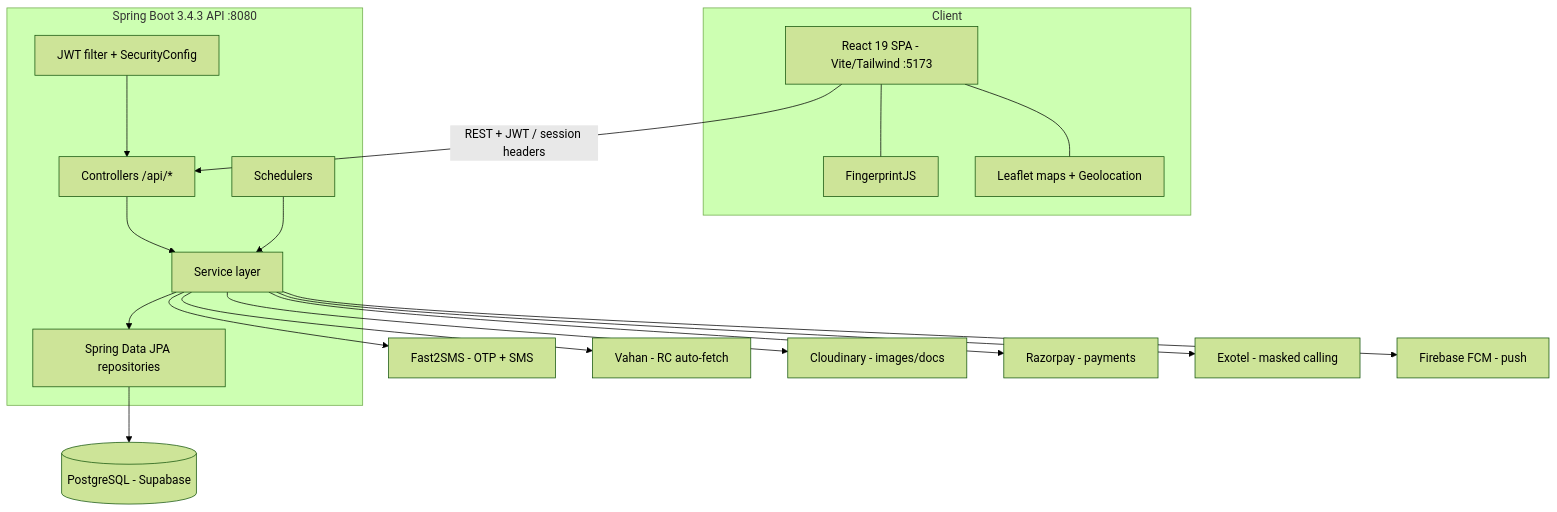
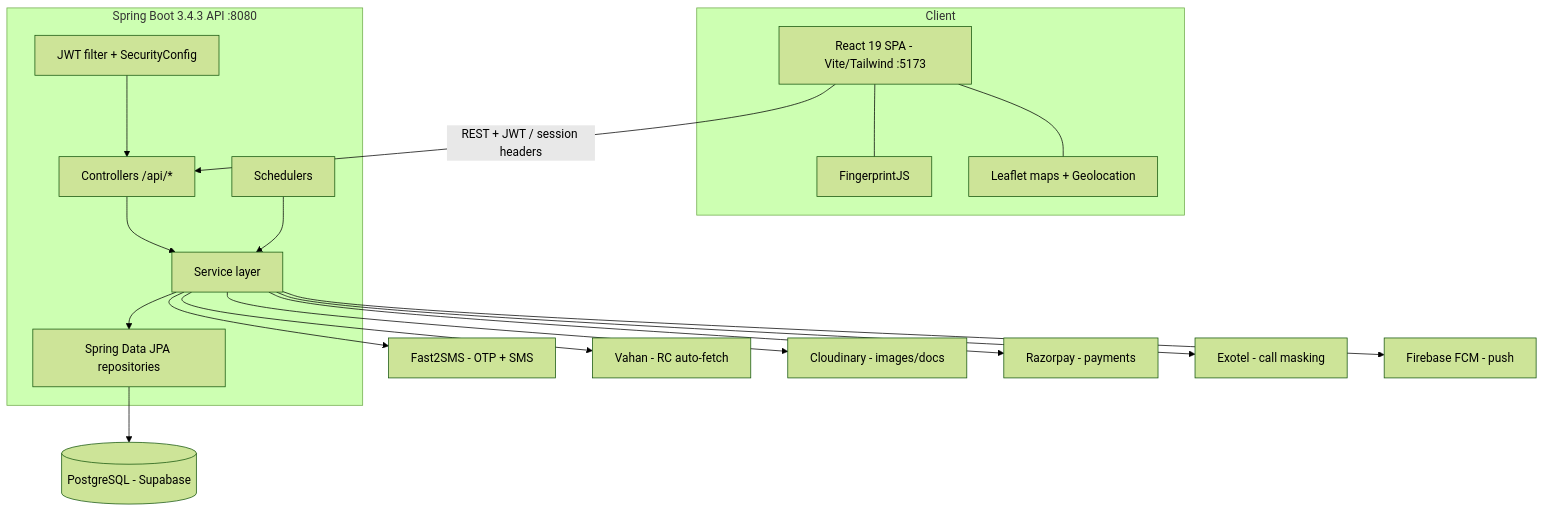
One commit to srajan1234/portfolio changed the diagram in projects/cartag/HLD.md. Above: the diagram before and after it, drawn with Mermaid (forest theme). The commit also changed other lines of this file and 11 other files, not shown here.

````diff
--- a/projects/cartag/HLD.md
+++ b/projects/cartag/HLD.md
@@ -17,31 +17,31 @@
 ```mermaid
 graph TD
     subgraph Client
       SPA[React 19 SPA - Vite/Tailwind :5173]
       FP[FingerprintJS]
       LEAF[Leaflet maps + Geolocation]
       SPA --- FP
       SPA --- LEAF
     end
 
     subgraph Backend[Spring Boot 3.4.3 API :8080]
       CTRL[Controllers /api/*]
       SVC[Service layer]
       REPO[Spring Data JPA repositories]
       SEC[JWT filter + SecurityConfig]
       SCH[Schedulers]
       CTRL --> SVC --> REPO
       SEC --> CTRL
       SCH --> SVC
     end
 
     SPA -->|REST + JWT / session headers| CTRL
     REPO --> PG[(PostgreSQL - Supabase)]
 
     SVC --> F2S[Fast2SMS - OTP + SMS]
     SVC --> VAH[Vahan - RC auto-fetch]
     SVC --> CLD[Cloudinary - images/docs]
     SVC --> RZP[Razorpay - payments]
-    SVC --> EXO[Exotel - masked calling]
+    SVC --> EXO[Exotel - call masking]
     SVC --> FCM[Firebase FCM - push]
 ```
````
